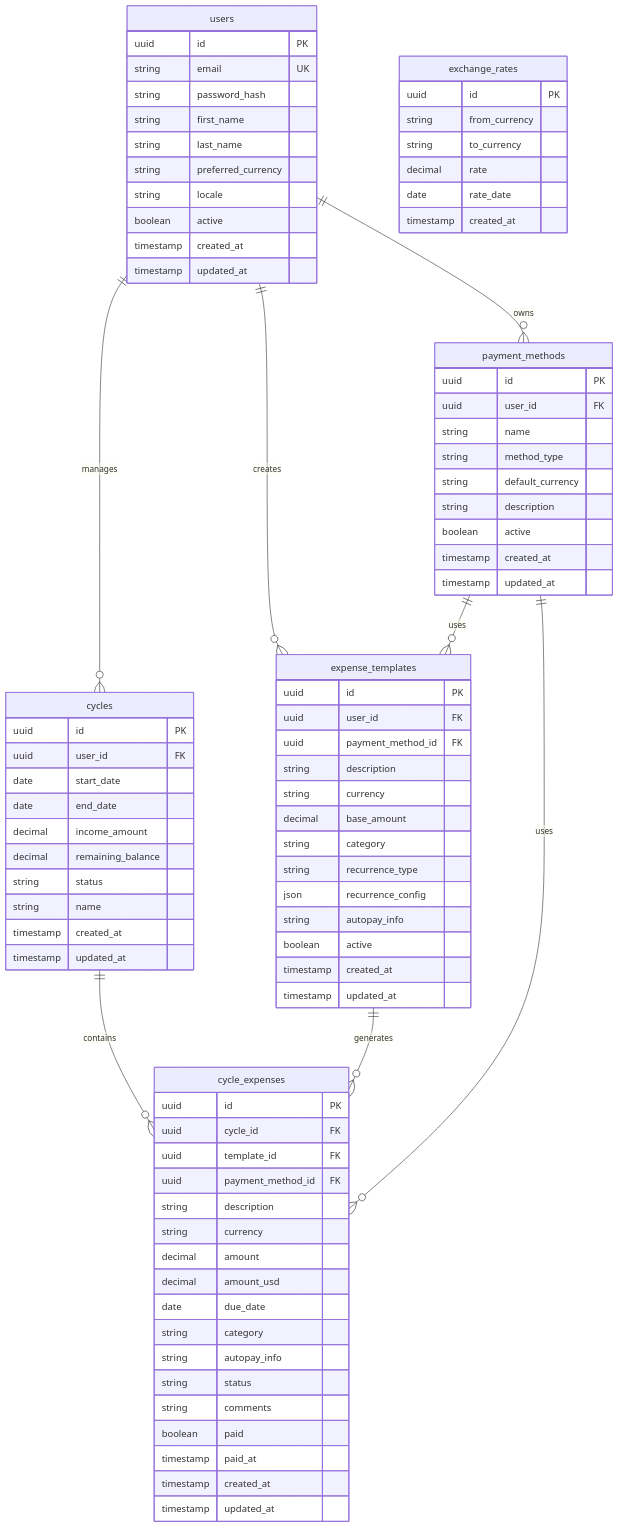
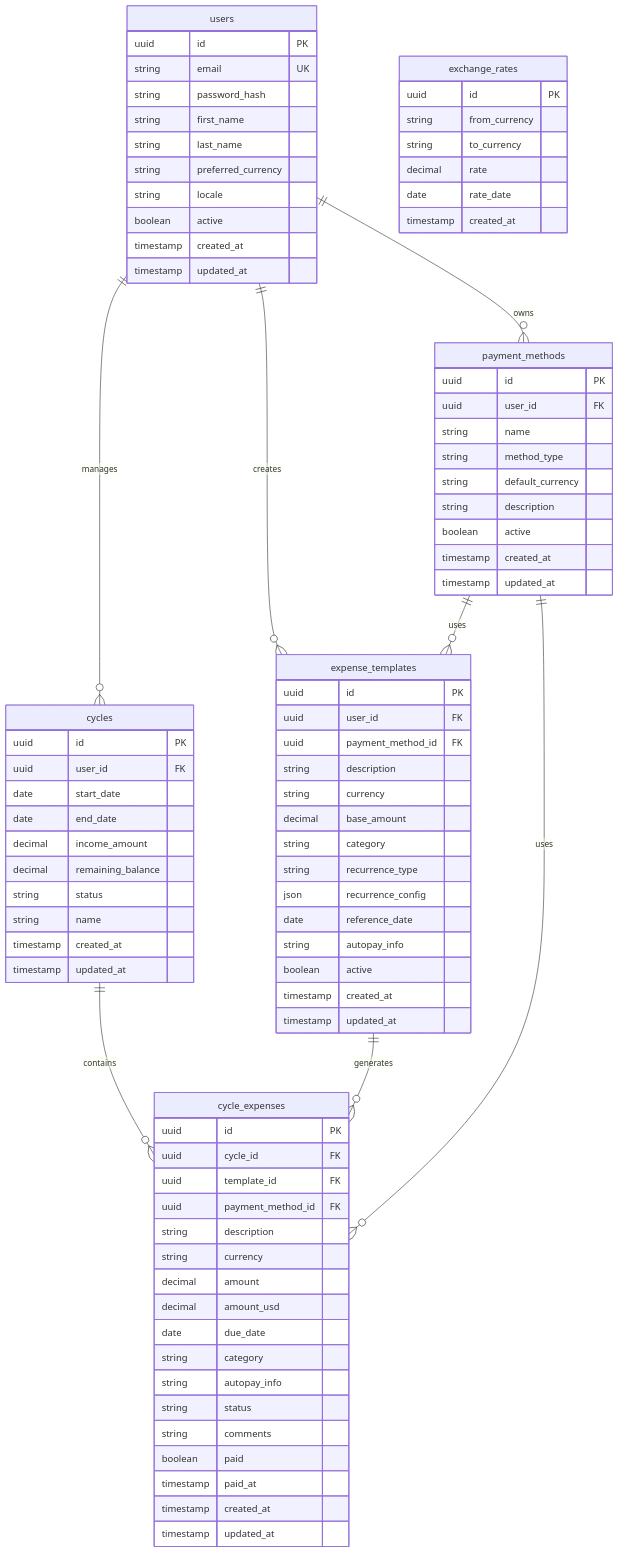
The diagram in docs/development/database-schema.md (jcarranz97/colony), drawn with Mermaid before and after one commit. The commit also changed other lines of this file, not shown here.

```diff
--- a/docs/development/database-schema.md
+++ b/docs/development/database-schema.md
@@ -57,6 +57,7 @@
         string category
         string recurrence_type
         json recurrence_config
+        date reference_date
         string autopay_info
         boolean active
         timestamp created_at
```
